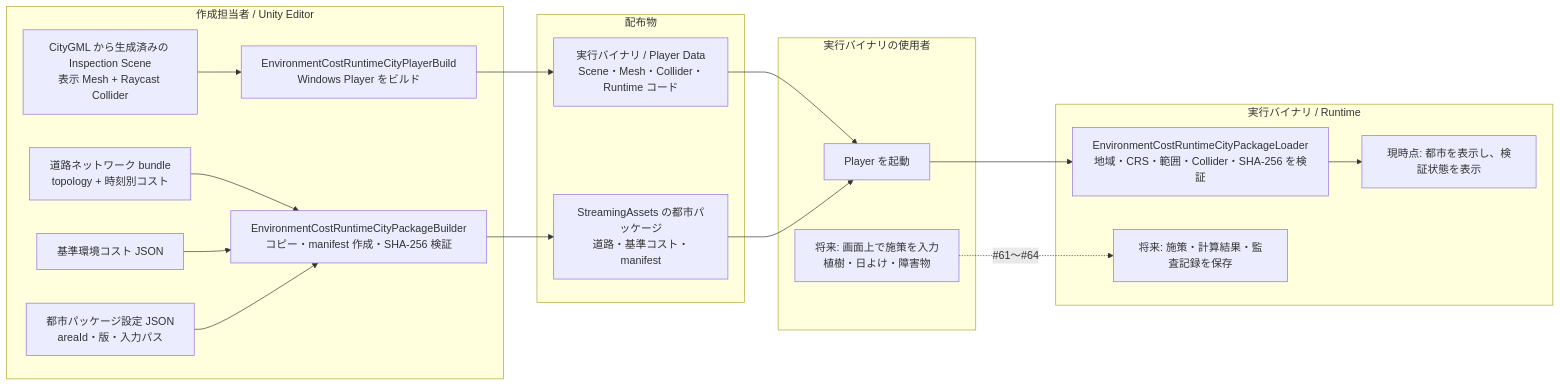
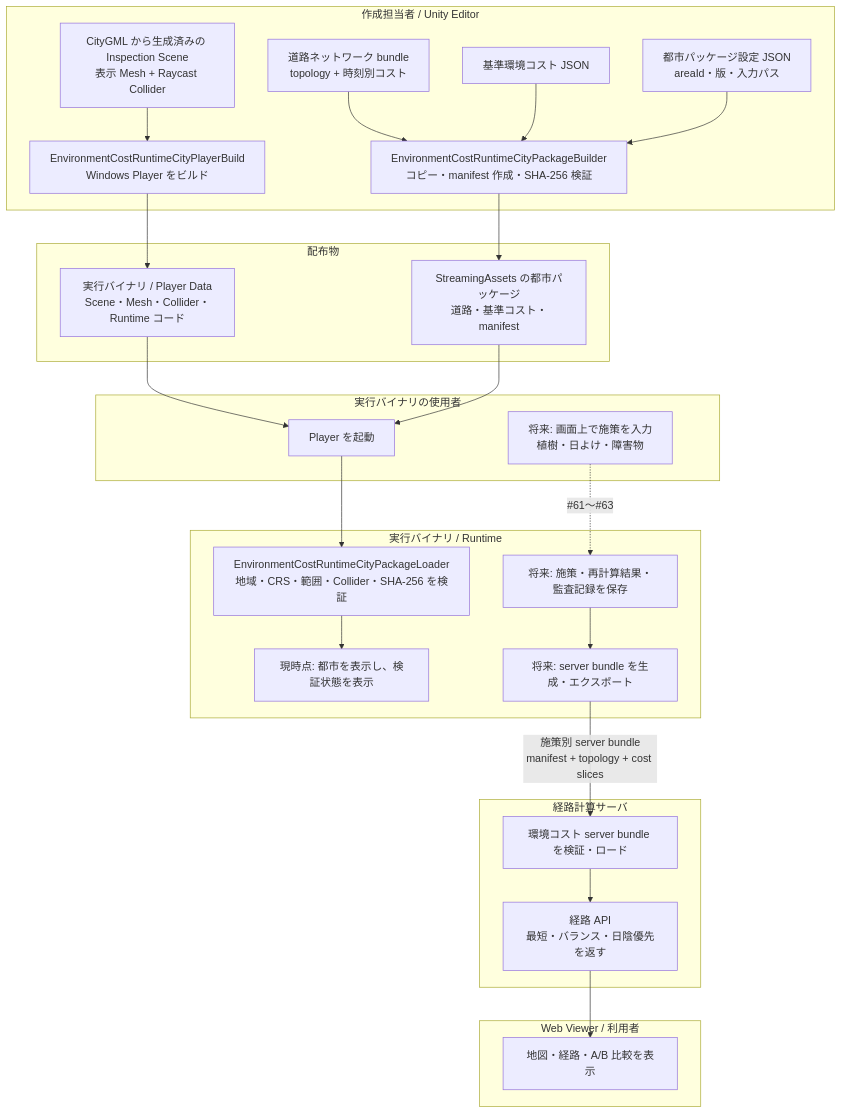
One commit to azarashin/PLATEAUHackathon2006 changed the diagram in docs/runtime-city-data-package.md. Above: the diagram before and after it, drawn with Mermaid. The commit also changed other lines of this file, not shown here.

Commit message:
docs: include route server in runtime flow

````diff
--- a/docs/runtime-city-data-package.md
+++ b/docs/runtime-city-data-package.md
@@ -20,38 +20,49 @@
 ```mermaid
-flowchart LR
+flowchart TD
   subgraph A[作成担当者 / Unity Editor]
     A1[CityGML から生成済みの Inspection Scene<br/>表示 Mesh + Raycast Collider]
     A2[道路ネットワーク bundle<br/>topology + 時刻別コスト]
     A3[基準環境コスト JSON]
     A4[都市パッケージ設定 JSON<br/>areaId・版・入力パス]
     P[EnvironmentCostRuntimeCityPackageBuilder<br/>コピー・manifest 作成・SHA-256 検証]
     B[EnvironmentCostRuntimeCityPlayerBuild<br/>Windows Player をビルド]
   end
 
   subgraph D[配布物]
     D1[実行バイナリ / Player Data<br/>Scene・Mesh・Collider・Runtime コード]
     D2[StreamingAssets の都市パッケージ<br/>道路・基準コスト・manifest]
   end
 
   subgraph U[実行バイナリの使用者]
     U1[Player を起動]
     U2[将来: 画面上で施策を入力<br/>植樹・日よけ・障害物]
   end
 
   subgraph R[実行バイナリ / Runtime]
     R1[EnvironmentCostRuntimeCityPackageLoader<br/>地域・CRS・範囲・Collider・SHA-256 を検証]
     R2[現時点: 都市を表示し、検証状態を表示]
-    R3[将来: 施策・計算結果・監査記録を保存]
+    R3[将来: 施策・再計算結果・監査記録を保存]
+    R4[将来: server bundle を生成・エクスポート]
+  end
+
+  subgraph S[経路計算サーバ]
+    S1[環境コスト server bundle を検証・ロード]
+    S2[経路 API<br/>最短・バランス・日陰優先を返す]
+  end
+
+  subgraph V[Web Viewer / 利用者]
+    V1[地図・経路・A/B 比較を表示]
   end
 
   A1 --> B
   A2 --> P
   A3 --> P
   A4 --> P
   P --> D2
   B --> D1
   D1 --> U1
   D2 --> U1
   U1 --> R1 --> R2
-  U2 -. #61〜#64 .-> R3
+  U2 -. #61〜#63 .-> R3 --> R4
+  R4 -->|施策別 server bundle<br/>manifest + topology + cost slices| S1 --> S2 --> V1
 ```
````
